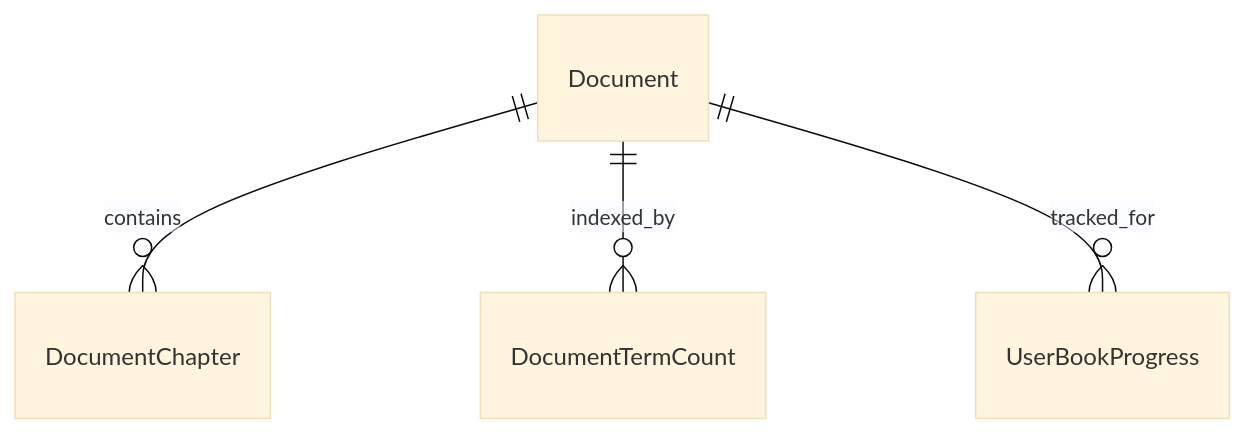
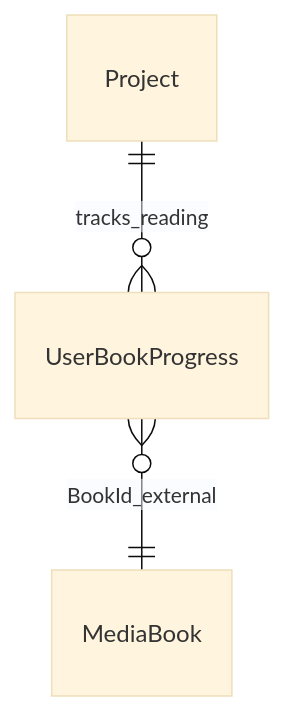
One commit to Kamil-Zuki/Polyraspad changed the diagram in Docs/Vocabulary Service/03 - Модель Данных/01 - Основные сущности/Entity - Документы и Ридер - Documents & Reader.md. Above: the diagram before and after it, drawn with Mermaid (base theme). The commit also changed other lines of this file and 221 other files, not shown here.

````diff
--- a/Docs/Vocabulary Service/03 - Модель Данных/01 - Основные сущности/Entity - Документы и Ридер - Documents & Reader.md
+++ b/Docs/Vocabulary Service/03 - Модель Данных/01 - Основные сущности/Entity - Документы и Ридер - Documents & Reader.md
@@ -55,6 +33,5 @@
 ```mermaid
 erDiagram
-    Document ||--o{ DocumentChapter : contains
-    Document ||--o{ DocumentTermCount : indexed_by
-    Document ||--o{ UserBookProgress : tracked_for
+    Project ||--o{ UserBookProgress : tracks_reading
+    UserBookProgress }o--|| MediaBook : BookId_external
 ```
````
